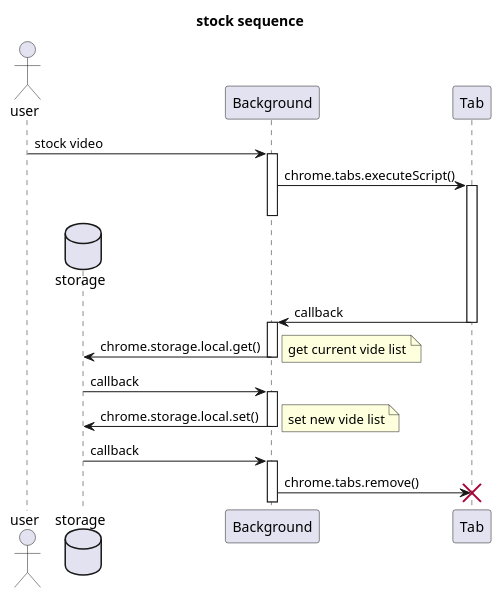
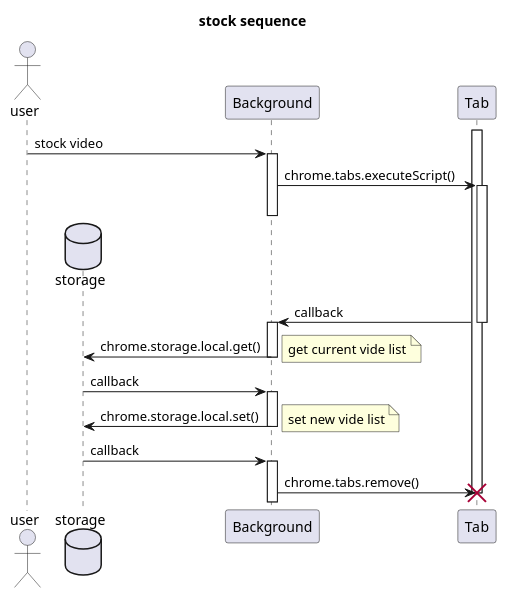
One commit to arakaki-tokyo/resume_video changed the diagram in document/stock_seq.pu. Above: the diagram before and after it, drawn with PlantUML. The commit also changed 1 other file, not shown here.

```diff
--- a/document/stock_seq.pu
+++ b/document/stock_seq.pu
@@ -1,35 +1,36 @@
 @startuml stock_seq
 title stock sequence
 
 actor user as u
 database storage as s
 participant Background as b
 participant Tab as t
 
+activate t
 u -> b: stock video
 activate b
 
 b -> t: chrome.tabs.executeScript()
 activate t
 deactivate b
 b -[#transparent]-> s**:
 b <- t: callback
 deactivate t
 activate b
 
 b -> s: chrome.storage.local.get()
 note right: get current vide list
 deactivate b
 b <- s: callback
 activate b
 b -> s: chrome.storage.local.set()
 note right: set new vide list
 deactivate b
 b <- s: callback
 activate b
 
 
 b -> t !!: chrome.tabs.remove()
 
 
 @enduml
```
